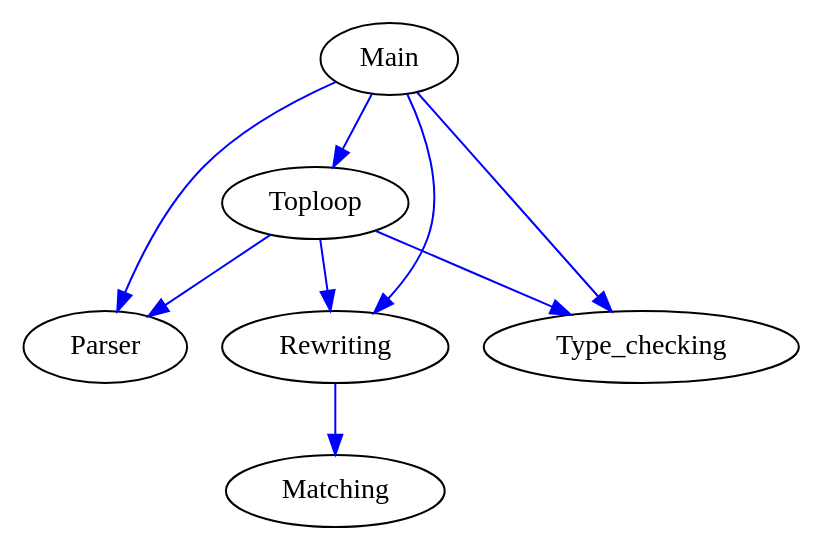
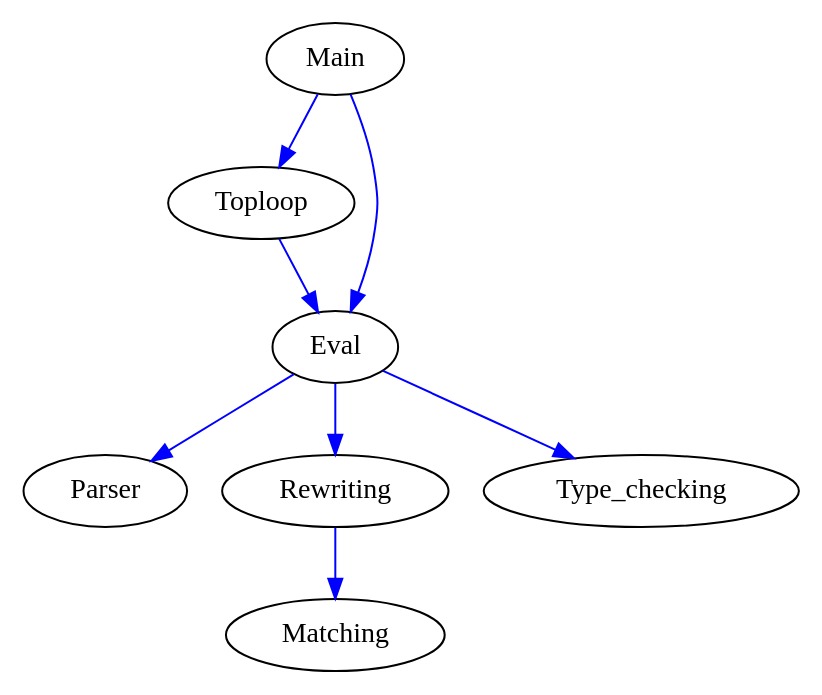
Before and after one commit to fredokun/nominal-workbench: the diagram in presentation/imports/architecture.dot, drawn with Graphviz. The commit also changed 3 other files, not shown here.

```diff
--- a/presentation/imports/architecture.dot
+++ b/presentation/imports/architecture.dot
@@ -1,11 +1,10 @@
 digraph architecture {
      edge [color=blue];	
 		 Main -> Toploop;
-		 Main -> Parser;
-		 Main -> Rewriting;
-		 Main -> Type_checking;
-     Toploop -> Parser;
-     Toploop -> Rewriting;
+		 Main -> Eval;
+		 Toploop -> Eval;
+     Eval -> Parser;
+     Eval -> Rewriting;
 		 Rewriting -> Matching;
-		 Toploop -> Type_checking;
+		 Eval -> Type_checking;
 }
```
